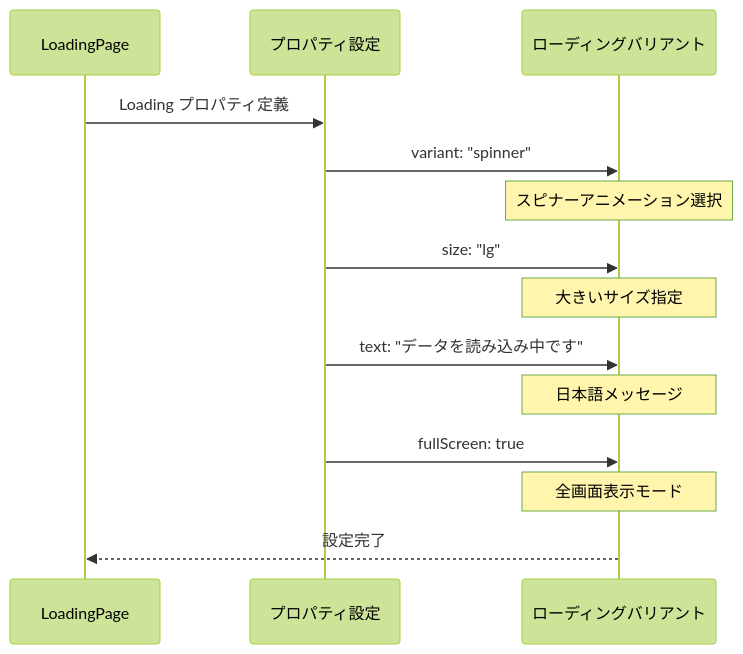
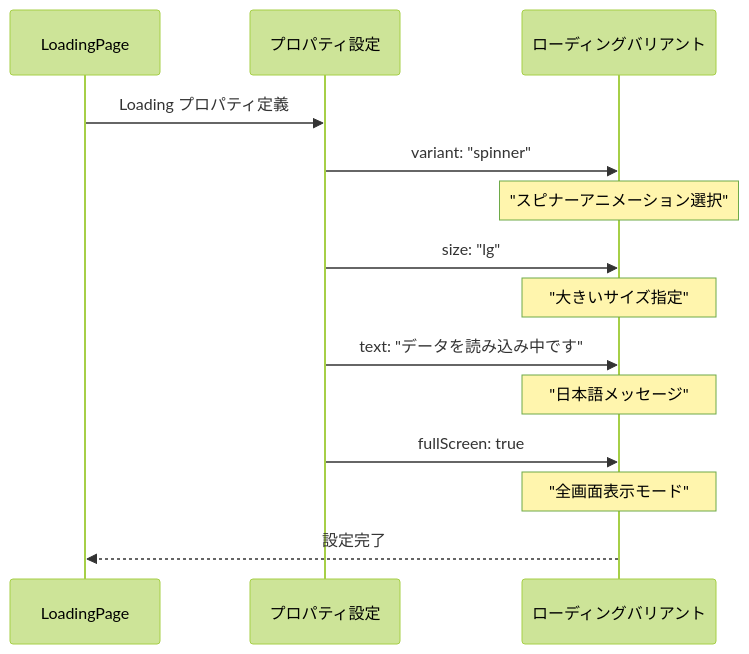
One commit to wasabi49/ocs-systemDevelopmentExercises changed the third of 9 diagrams in document/pages/sequence/loading.md. Above: the diagram before and after it, drawn with Mermaid (forest theme). The commit also changed other lines of this file and 42 other files, not shown here.

First line of the commit message:
fix: mermaidシーケンス図のNote over文でダブルクォーテーション不足を修正

````diff
--- a/document/pages/sequence/loading.md
+++ b/document/pages/sequence/loading.md
@@ -43,22 +43,22 @@
 ```mermaid
 sequenceDiagram
     participant LoadingPage as LoadingPage
     participant PropsConfig as プロパティ設定
     participant LoadingVariants as ローディングバリアント
 
     LoadingPage->>PropsConfig: Loading プロパティ定義
     
     PropsConfig->>LoadingVariants: variant: "spinner"
-    Note over LoadingVariants: スピナーアニメーション選択
+    Note over LoadingVariants: "スピナーアニメーション選択"
     
     PropsConfig->>LoadingVariants: size: "lg"
-    Note over LoadingVariants: 大きいサイズ指定
+    Note over LoadingVariants: "大きいサイズ指定"
     
     PropsConfig->>LoadingVariants: text: "データを読み込み中です"
-    Note over LoadingVariants: 日本語メッセージ
+    Note over LoadingVariants: "日本語メッセージ"
     
     PropsConfig->>LoadingVariants: fullScreen: true
-    Note over LoadingVariants: 全画面表示モード
+    Note over LoadingVariants: "全画面表示モード"
     
     LoadingVariants-->>LoadingPage: 設定完了
 ```
````
